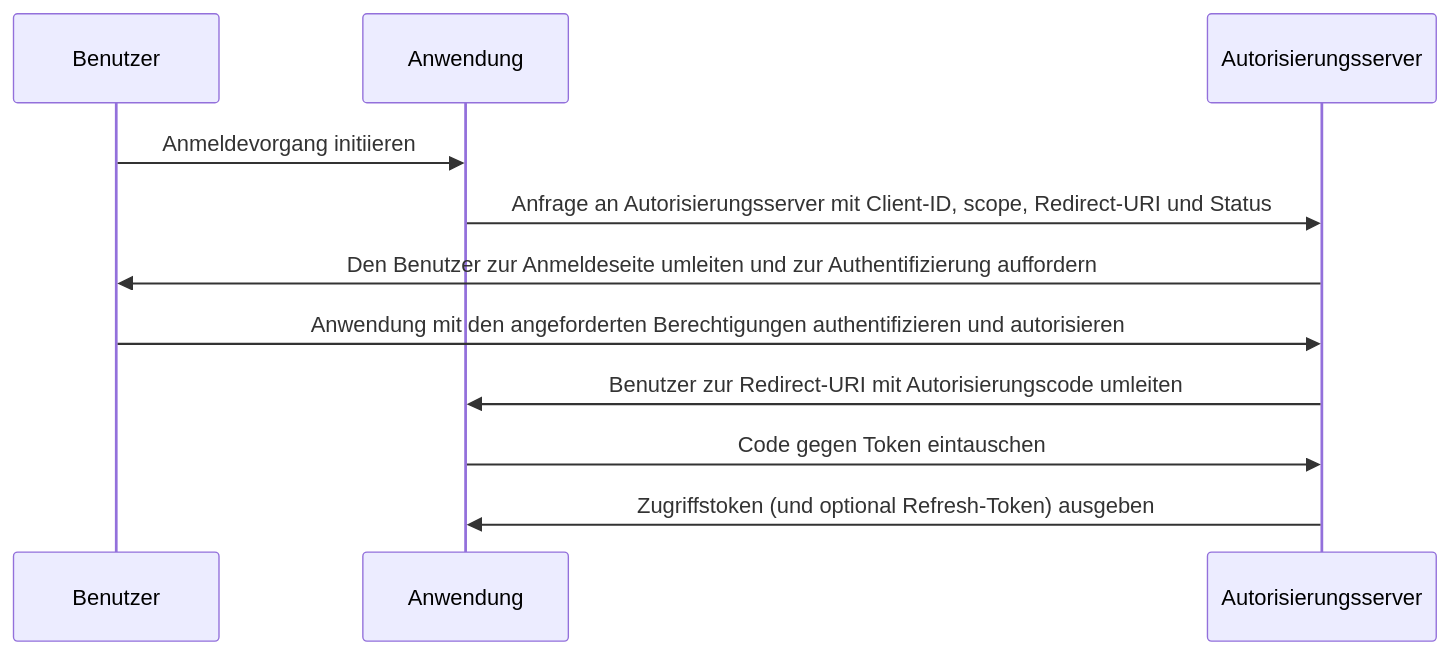
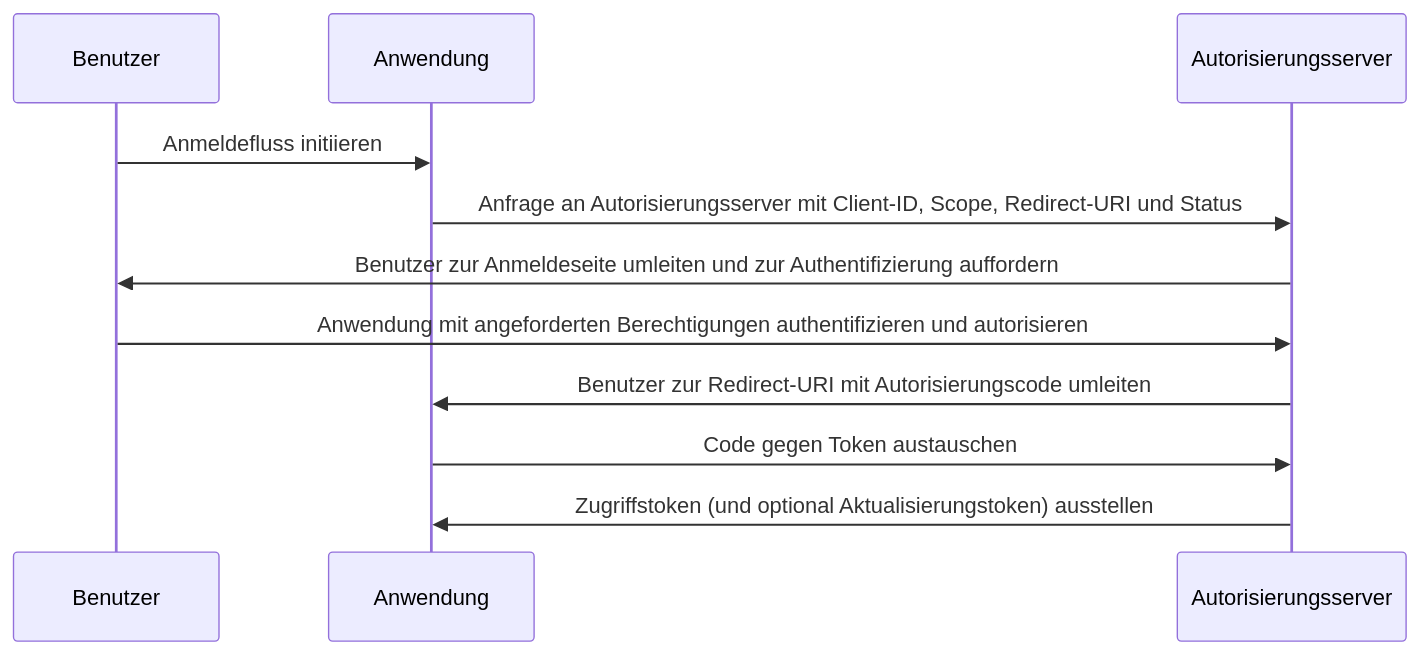
The diagram in src/content/terms/de/authorization-code-flow.mdx (logto-io/auth-wiki), drawn with Mermaid before and after one commit. The commit also changed other lines of this file and 95 other files, not shown here.

````diff
--- a/src/content/terms/de/authorization-code-flow.mdx
+++ b/src/content/terms/de/authorization-code-flow.mdx
@@ -25,14 +27,14 @@
 ```mermaid
 sequenceDiagram
     participant Benutzer
     participant Anwendung
     participant Autorisierungsserver
 
-    Benutzer->>Anwendung: Anmeldevorgang initiieren
-    Anwendung->>Autorisierungsserver: Anfrage an Autorisierungsserver mit Client-ID, scope, Redirect-URI und Status
-    Autorisierungsserver->>Benutzer: Den Benutzer zur Anmeldeseite umleiten und zur Authentifizierung auffordern
-    Benutzer->>Autorisierungsserver: Anwendung mit den angeforderten Berechtigungen authentifizieren und autorisieren
+    Benutzer->>Anwendung: Anmeldefluss initiieren
+    Anwendung->>Autorisierungsserver: Anfrage an Autorisierungsserver mit Client-ID, Scope, Redirect-URI und Status
+    Autorisierungsserver->>Benutzer: Benutzer zur Anmeldeseite umleiten und zur Authentifizierung auffordern
+    Benutzer->>Autorisierungsserver: Anwendung mit angeforderten Berechtigungen authentifizieren und autorisieren
     Autorisierungsserver->>Anwendung: Benutzer zur Redirect-URI mit Autorisierungscode umleiten
-    Anwendung->>Autorisierungsserver: Code gegen Token eintauschen
-    Autorisierungsserver->>Anwendung: Zugriffstoken (und optional Refresh-Token) ausgeben
+    Anwendung->>Autorisierungsserver: Code gegen Token austauschen
+    Autorisierungsserver->>Anwendung: Zugriffstoken (und optional Aktualisierungstoken) ausstellen
 ```
````
